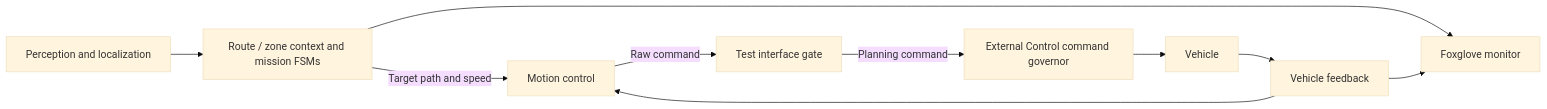
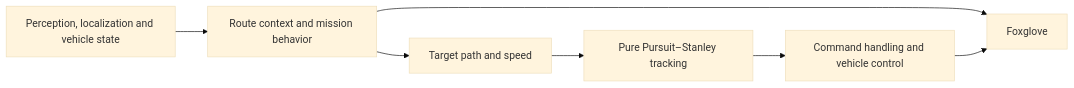
The diagram in README.md (steveandy-sudo/ai-sw-mobility-portfolio), drawn with Mermaid (base theme) before and after one commit. The commit also changed other lines of this file and 200 other files, not shown here.

````diff
--- a/README.md
+++ b/README.md
@@ -50,12 +30,9 @@
 ```mermaid
 flowchart LR
-    Inputs[Perception and localization] --> Decision[Route / zone context and mission FSMs]
-    Decision -->|Target path and speed| Motion[Motion control]
-    Feedback[Vehicle feedback] --> Motion
-    Motion -->|Raw command| TUI[Test interface gate]
-    TUI -->|Planning command| Governor[External Control command governor]
-    Governor --> Vehicle[Vehicle]
-    Vehicle --> Feedback
-    Decision --> Monitor[Foxglove monitor]
-    Feedback --> Monitor
+    Inputs[Perception, localization and vehicle state] --> Decision[Route context and mission behavior]
+    Decision --> Targets[Target path and speed]
+    Targets --> Tracking[Pure Pursuit–Stanley tracking]
+    Tracking --> Control[Command handling and vehicle control]
+    Decision --> Monitor[Foxglove]
+    Control --> Monitor
 ```
````
